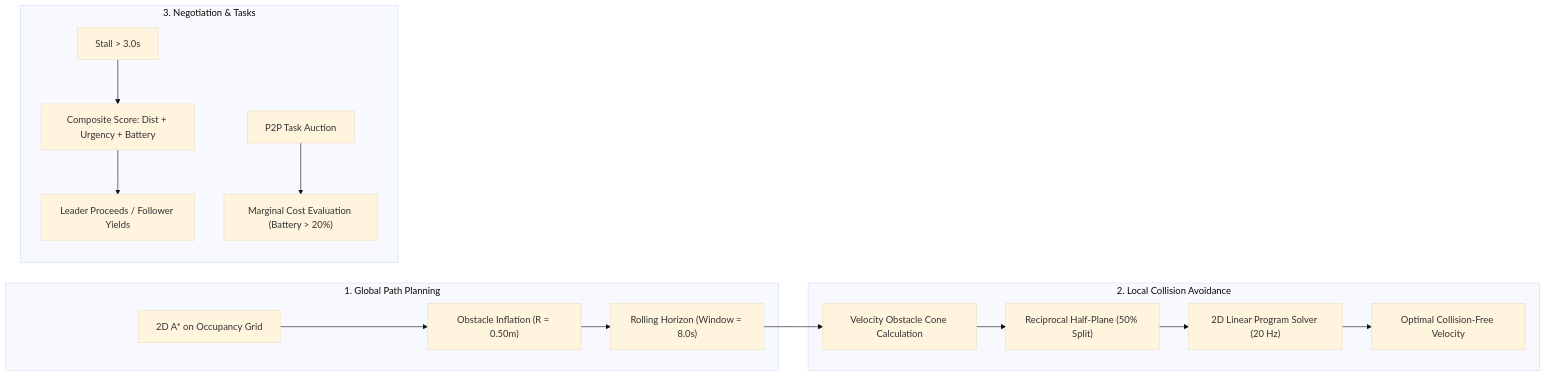
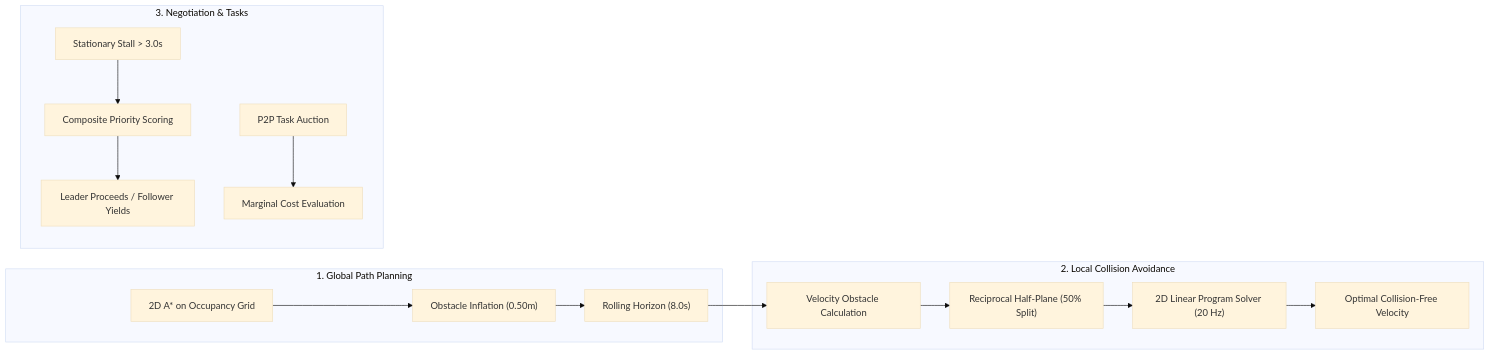
Before and after one commit to Hrishabh7664/decentralized-amr-fleet: the second of 2 diagrams in README.md, drawn with Mermaid (base theme). The commit also changed other lines of this file and 1 other file, not shown here.

Commit message:
fix(readme): fix Mermaid node connections and replace broken math with clean code blocks

````diff
--- a/README.md
+++ b/README.md
@@ -120,20 +128,20 @@
 ```mermaid
 flowchart LR
-    subgraph sub_gp ["1. Global Path Planning"]
-        AStar["2D A* on Occupancy Grid"] --> Inflation["Obstacle Inflation (R = 0.50m)"]
-        Inflation --> RH["Rolling Horizon (Window = 8.0s)"]
+    subgraph gp ["1. Global Path Planning"]
+        AStar["2D A* on Occupancy Grid"] --> Inflation["Obstacle Inflation (0.50m)"]
+        Inflation --> RH["Rolling Horizon (8.0s)"]
     end
 
-    subgraph sub_orca ["2. Local Collision Avoidance"]
-        RH --> VO["Velocity Obstacle Cone Calculation"]
+    subgraph orca ["2. Local Collision Avoidance"]
+        RH --> VO["Velocity Obstacle Calculation"]
         VO --> HalfPlane["Reciprocal Half-Plane (50% Split)"]
         HalfPlane --> LP2["2D Linear Program Solver (20 Hz)"]
         LP2 --> CmdVel["Optimal Collision-Free Velocity"]
     end
 
-    subgraph sub_deadlock ["3. Negotiation & Tasks"]
-        Stall["Stall > 3.0s"] --> Priority["Composite Score: Dist + Urgency + Battery"]
+    subgraph coord ["3. Negotiation & Tasks"]
+        Stall["Stationary Stall > 3.0s"] --> Priority["Composite Priority Scoring"]
         Priority --> Leader["Leader Proceeds / Follower Yields"]
-        Auction["P2P Task Auction"] --> Marginal["Marginal Cost Evaluation (Battery > 20%)"]
+        Auction["P2P Task Auction"] --> Marginal["Marginal Cost Evaluation"]
     end
 ```
````
